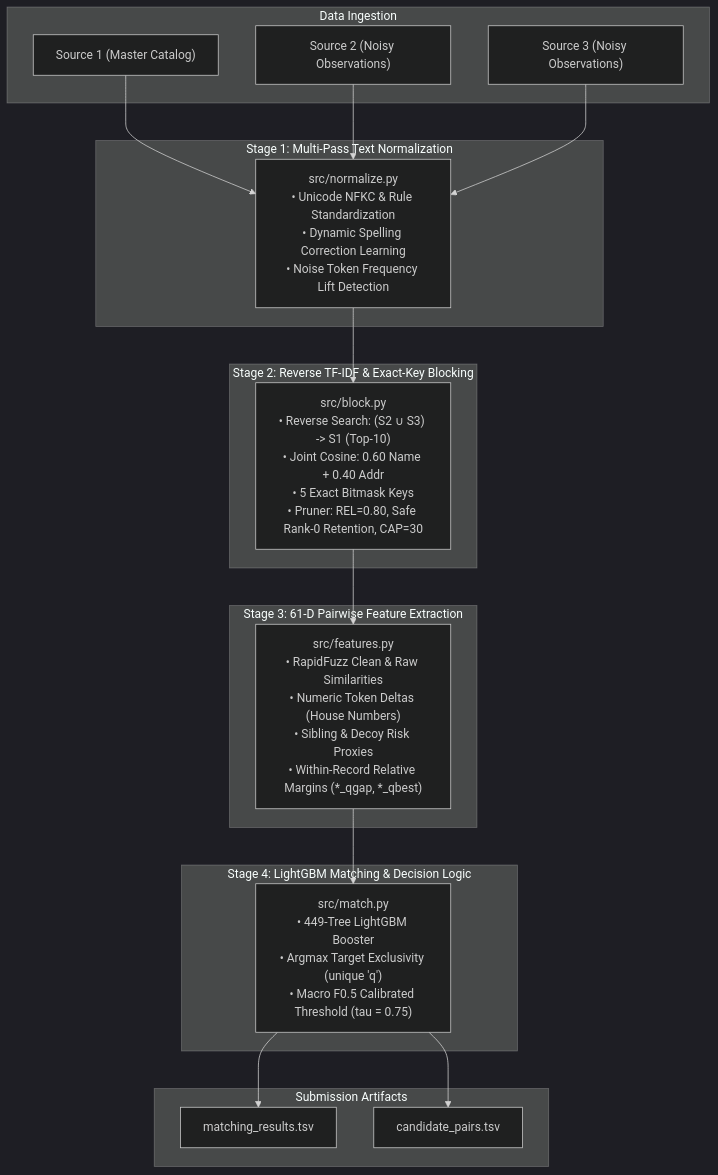
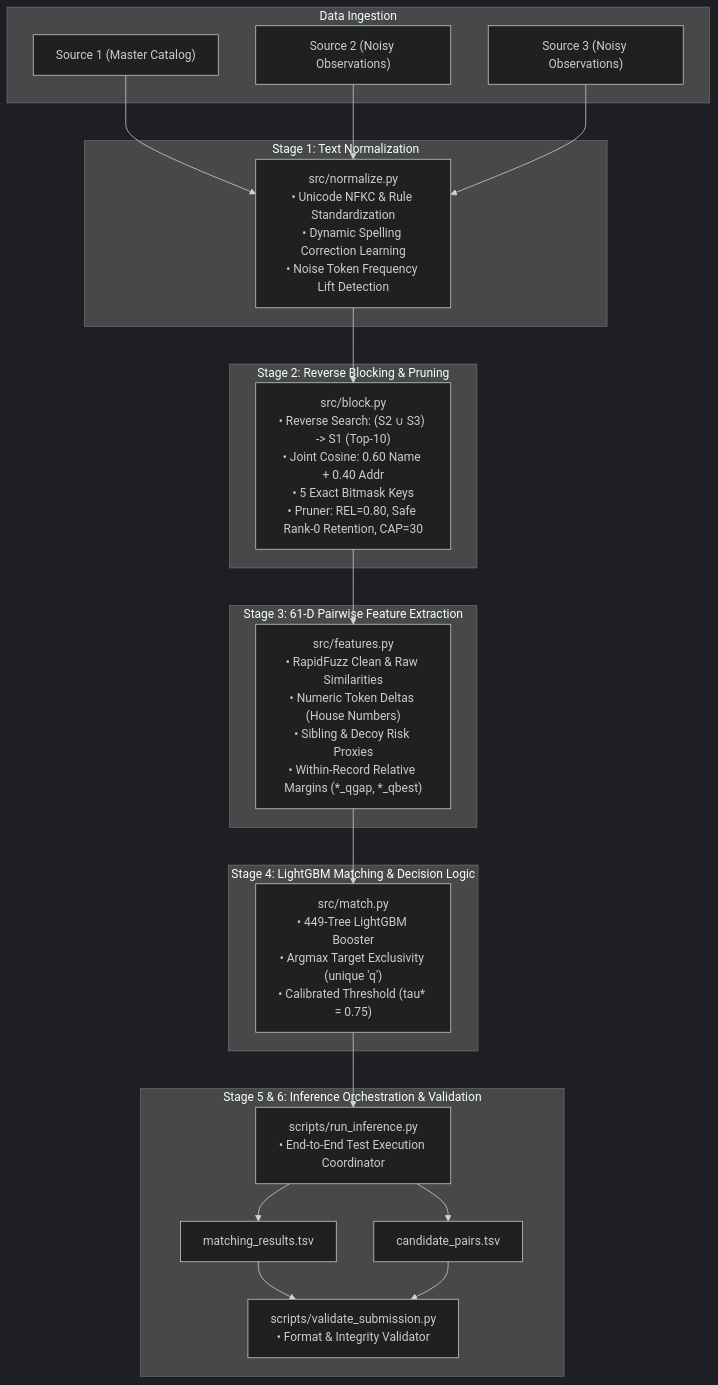
The diagram in README.md (srushtijayaraman/amazon-ml-challenge-2026), drawn with Mermaid (dark theme) before and after one commit. The commit also changed other lines of this file and 1 other file, not shown here.

Commit message:
docs: improve project architecture documentation

````diff
--- a/README.md
+++ b/README.md
@@ -58,35 +89,39 @@
 ```mermaid
 flowchart TD
     subgraph Data ["Data Ingestion"]
         S1["Source 1 (Master Catalog)"]
         S2["Source 2 (Noisy Observations)"]
         S3["Source 3 (Noisy Observations)"]
     end
 
-    subgraph Stage1 ["Stage 1: Multi-Pass Text Normalization"]
+    subgraph Stage1 ["Stage 1: Text Normalization"]
         Norm["src/normalize.py<br/>• Unicode NFKC & Rule Standardization<br/>• Dynamic Spelling Correction Learning<br/>• Noise Token Frequency Lift Detection"]
     end
 
-    subgraph Stage2 ["Stage 2: Reverse TF-IDF & Exact-Key Blocking"]
+    subgraph Stage2 ["Stage 2: Reverse Blocking & Pruning"]
         Block["src/block.py<br/>• Reverse Search: (S2 ∪ S3) -> S1 (Top-10)<br/>• Joint Cosine: 0.60 Name + 0.40 Addr<br/>• 5 Exact Bitmask Keys<br/>• Pruner: REL=0.80, Safe Rank-0 Retention, CAP=30"]
     end
 
     subgraph Stage3 ["Stage 3: 61-D Pairwise Feature Extraction"]
         Feats["src/features.py<br/>• RapidFuzz Clean & Raw Similarities<br/>• Numeric Token Deltas (House Numbers)<br/>• Sibling & Decoy Risk Proxies<br/>• Within-Record Relative Margins (*_qgap, *_qbest)"]
     end
 
     subgraph Stage4 ["Stage 4: LightGBM Matching & Decision Logic"]
-        Match["src/match.py<br/>• 449-Tree LightGBM Booster<br/>• Argmax Target Exclusivity (unique 'q')<br/>• Macro F0.5 Calibrated Threshold (tau = 0.75)"]
+        Match["src/match.py<br/>• 449-Tree LightGBM Booster<br/>• Argmax Target Exclusivity (unique 'q')<br/>• Calibrated Threshold (tau* = 0.75)"]
     end
 
-    subgraph Output ["Submission Artifacts"]
+    subgraph Stage5 ["Stage 5 & 6: Inference Orchestration & Validation"]
+        Runner["scripts/run_inference.py<br/>• End-to-End Test Execution Coordinator"]
         MTSV["matching_results.tsv"]
         CTSV["candidate_pairs.tsv"]
+        Val["scripts/validate_submission.py<br/>• Format & Integrity Validator"]
     end
 
     S1 & S2 & S3 --> Norm
     Norm --> Block
     Block --> Feats
     Feats --> Match
-    Match --> MTSV & CTSV
+    Match --> Runner
+    Runner --> MTSV & CTSV
+    MTSV & CTSV --> Val
 ```
````
